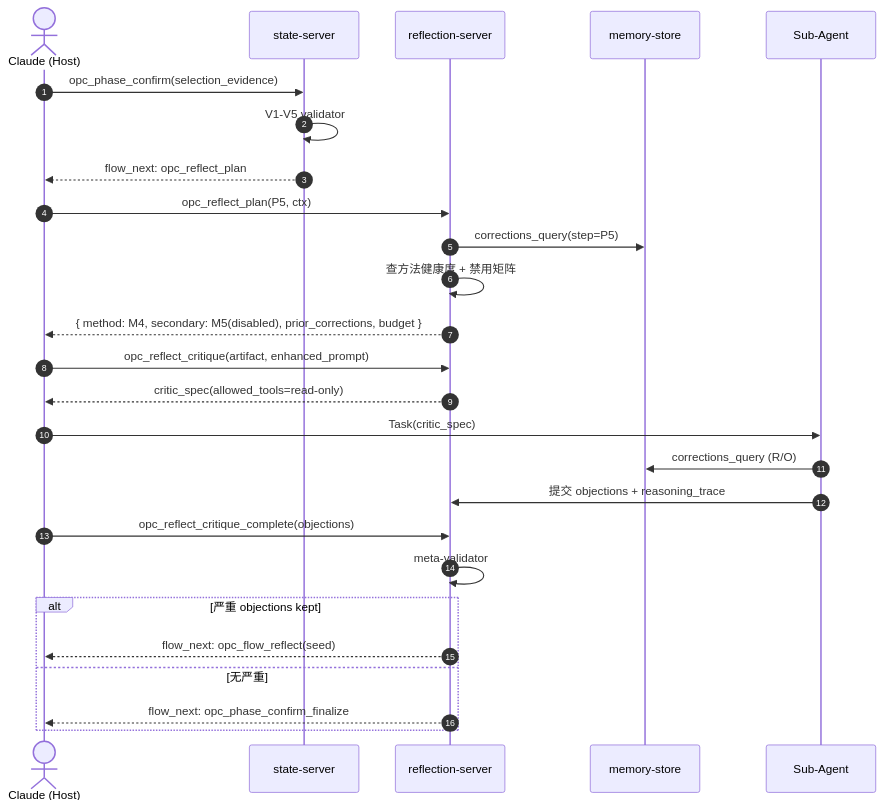
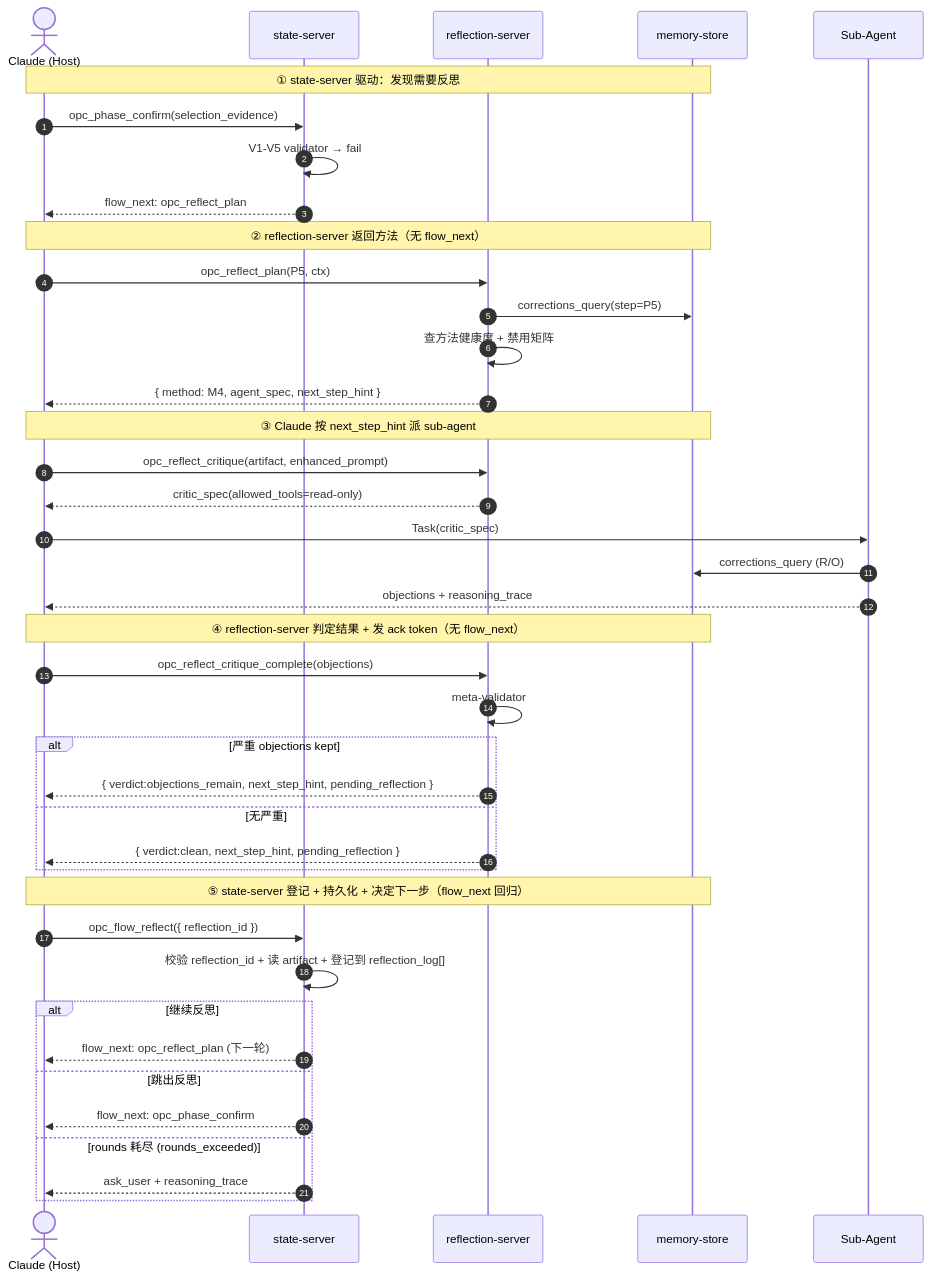
The diagram in doc/feature/05-opc-reflection-server/02-server-design/00_overview.md (CaffeineOddity/opc-marketplace), drawn with Mermaid before and after one commit. The commit also changed other lines of this file and 46 other files, not shown here.

First line of the commit message:
docs: add reflection call-sequence contract + three-server seam matrix, align flow tools

````diff
--- a/doc/feature/05-opc-reflection-server/02-server-design/00_overview.md
+++ b/doc/feature/05-opc-reflection-server/02-server-design/00_overview.md
@@ -185,32 +330,47 @@
 ```mermaid
 sequenceDiagram
     autonumber
     actor C as Claude (Host)
     participant SS as state-server
     participant RS as reflection-server
     participant MS as memory-store
     participant A as Sub-Agent
 
+    Note over C,MS: ① state-server 驱动：发现需要反思
     C->>SS: opc_phase_confirm(selection_evidence)
-    SS->>SS: V1-V5 validator
+    SS->>SS: V1-V5 validator → fail
     SS-->>C: flow_next: opc_reflect_plan
 
+    Note over C,MS: ② reflection-server 返回方法（无 flow_next）
     C->>RS: opc_reflect_plan(P5, ctx)
     RS->>MS: corrections_query(step=P5)
     RS->>RS: 查方法健康度 + 禁用矩阵
-    RS-->>C: { method: M4, secondary: M5(disabled), prior_corrections, budget }
+    RS-->>C: { method: M4, agent_spec, next_step_hint }
 
+    Note over C,MS: ③ Claude 按 next_step_hint 派 sub-agent
     C->>RS: opc_reflect_critique(artifact, enhanced_prompt)
     RS-->>C: critic_spec(allowed_tools=read-only)
     C->>A: Task(critic_spec)
     A->>MS: corrections_query (R/O)
-    A->>RS: 提交 objections + reasoning_trace
+    A-->>C: objections + reasoning_trace
 
+    Note over C,MS: ④ reflection-server 判定结果 + 发 ack token（无 flow_next）
     C->>RS: opc_reflect_critique_complete(objections)
     RS->>RS: meta-validator
     alt 严重 objections kept
-        RS-->>C: flow_next: opc_flow_reflect(seed)
+        RS-->>C: { verdict:objections_remain, next_step_hint, pending_reflection }
     else 无严重
-        RS-->>C: flow_next: opc_phase_confirm_finalize
+        RS-->>C: { verdict:clean, next_step_hint, pending_reflection }
+    end
+
+    Note over C,MS: ⑤ state-server 登记 + 持久化 + 决定下一步（flow_next 回归）
+    C->>SS: opc_flow_reflect({ reflection_id })
+    SS->>SS: 校验 reflection_id + 读 artifact + 登记到 reflection_log[]
+    alt 继续反思
+        SS-->>C: flow_next: opc_reflect_plan (下一轮)
+    else 跳出反思
+        SS-->>C: flow_next: opc_phase_confirm
+    else rounds 耗尽 (rounds_exceeded)
+        SS-->>C: ask_user + reasoning_trace
     end
 ```
````
